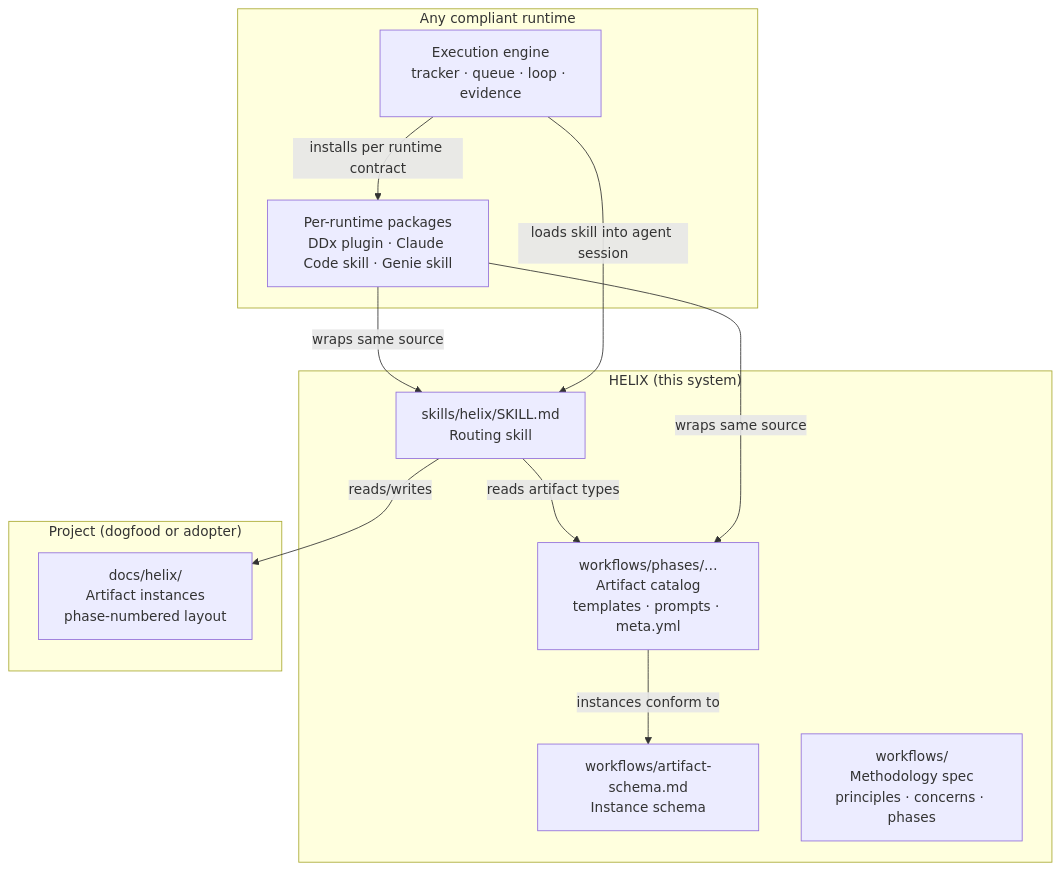
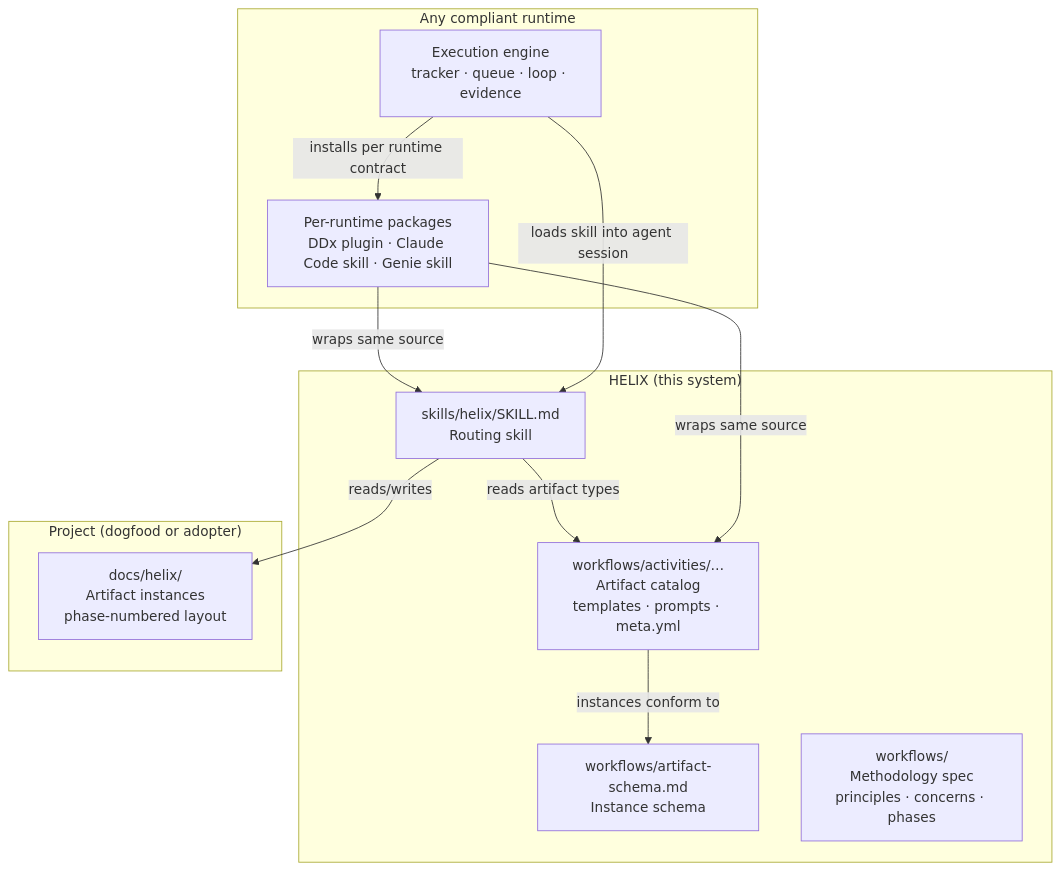
One commit to easel/helix changed the second of 2 diagrams in docs/helix/02-design/architecture.md. Above: the diagram before and after it, drawn with Mermaid. The commit also changed other lines of this file and 279 other files, not shown here.

First line of the commit message:
workflows: rename workflows/phases/ → workflows/activities/ directory

````diff
--- a/docs/helix/02-design/architecture.md
+++ b/docs/helix/02-design/architecture.md
@@ -59,26 +59,26 @@
 ```mermaid
 graph TB
     subgraph helix["HELIX (this system)"]
         skill["skills/helix/SKILL.md<br/>Routing skill"]
-        catalog["workflows/phases/…<br/>Artifact catalog<br/>templates · prompts · meta.yml"]
+        catalog["workflows/activities/…<br/>Artifact catalog<br/>templates · prompts · meta.yml"]
         schema["workflows/artifact-schema.md<br/>Instance schema"]
         wfdocs["workflows/<br/>Methodology spec<br/>principles · concerns · phases"]
     end
 
     subgraph project["Project (dogfood or adopter)"]
         instances["docs/helix/<br/>Artifact instances<br/>phase-numbered layout"]
     end
 
     subgraph runtime["Any compliant runtime"]
         engine["Execution engine<br/>tracker · queue · loop · evidence"]
         packages["Per-runtime packages<br/>DDx plugin · Claude Code skill · Genie skill"]
     end
 
     skill -->|"reads artifact types"| catalog
     skill -->|"reads/writes"| instances
     catalog -->|"instances conform to"| schema
     packages -->|"wraps same source"| skill
     packages -->|"wraps same source"| catalog
     engine -->|"loads skill into agent session"| skill
     engine -->|"installs per runtime contract"| packages
 ```
````
